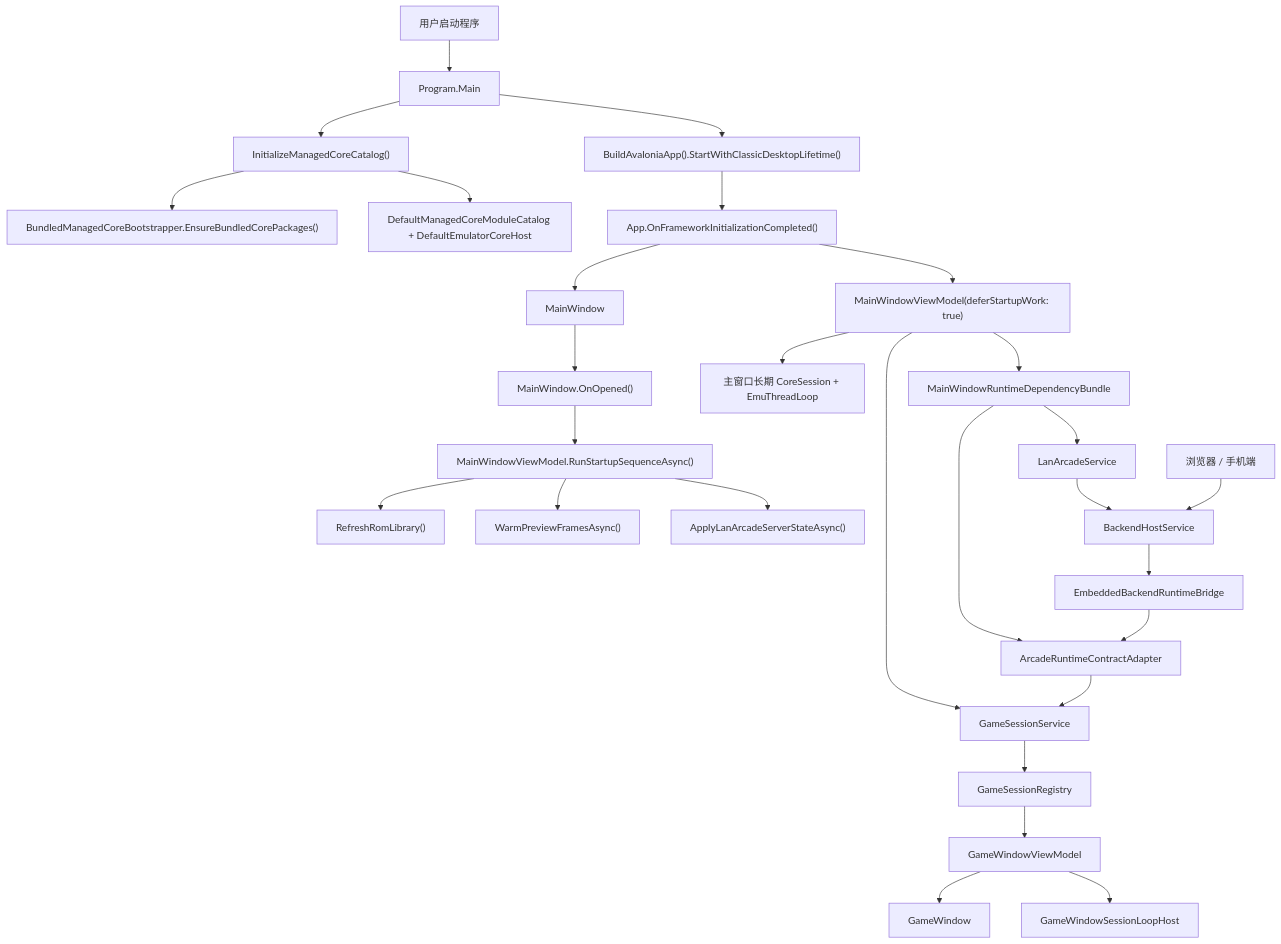
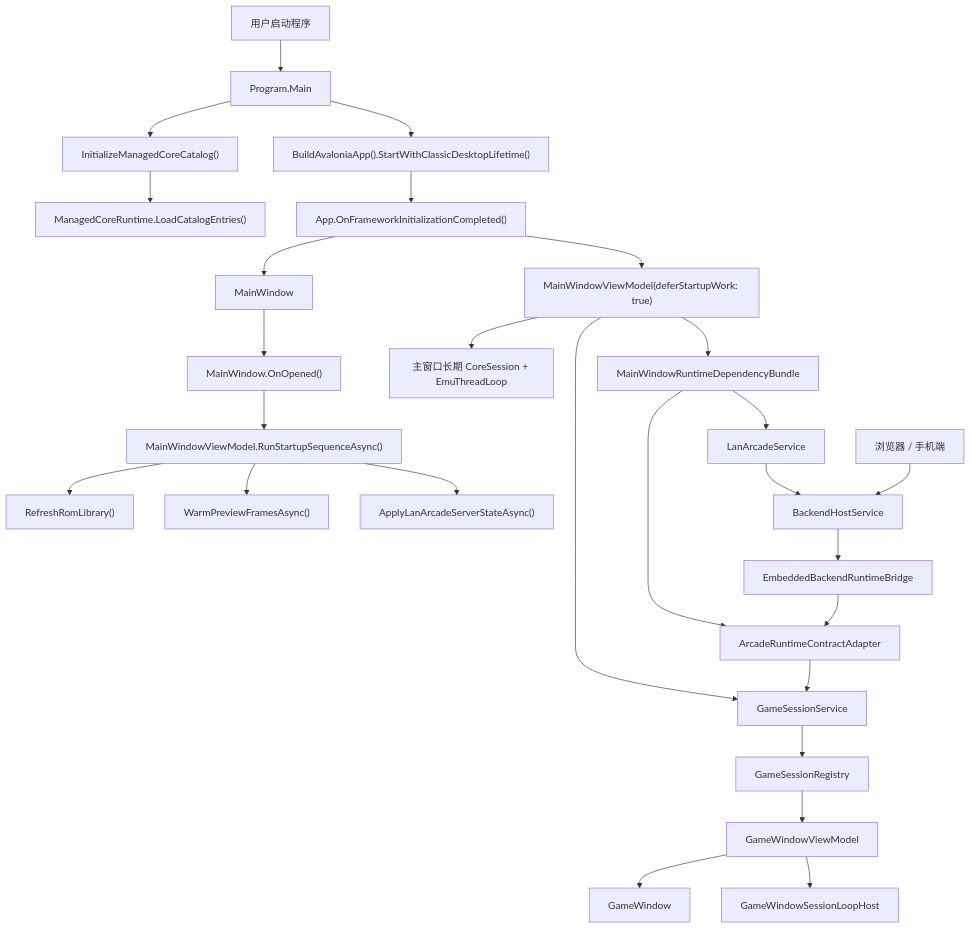
The first of 6 diagrams in docs/whats-new/FC-REVOLUTION-CURRENT-RUNTIME-FLOW.md (pxm-yls/FC-revolution), drawn with Mermaid before and after one commit. The commit also changed other lines of this file and 18 other files, not shown here.

````diff
--- a/docs/whats-new/FC-REVOLUTION-CURRENT-RUNTIME-FLOW.md
+++ b/docs/whats-new/FC-REVOLUTION-CURRENT-RUNTIME-FLOW.md
@@ -14,32 +14,31 @@
 ```mermaid
 flowchart TD
     User["用户启动程序"] --> Program["Program.Main"]
     Program --> InitCatalog["InitializeManagedCoreCatalog()"]
-    InitCatalog --> Bootstrap["BundledManagedCoreBootstrapper.EnsureBundledCorePackages()"]
-    InitCatalog --> HostCatalog["DefaultManagedCoreModuleCatalog + DefaultEmulatorCoreHost"]
+    InitCatalog --> HostCatalog["ManagedCoreRuntime.LoadCatalogEntries()"]
     Program --> Avalonia["BuildAvaloniaApp().StartWithClassicDesktopLifetime()"]
     Avalonia --> App["App.OnFrameworkInitializationCompleted()"]
     App --> MainWindow["MainWindow"]
     App --> MainVM["MainWindowViewModel(deferStartupWork: true)"]
     MainWindow --> Opened["MainWindow.OnOpened()"]
     Opened --> Startup["MainWindowViewModel.RunStartupSequenceAsync()"]
     Startup --> RomLibrary["RefreshRomLibrary()"]
     Startup --> PreviewWarmup["WarmPreviewFramesAsync()"]
     Startup --> LanState["ApplyLanArcadeServerStateAsync()"]
 
     MainVM --> MainCore["主窗口长期 CoreSession + EmuThreadLoop"]
     MainVM --> SessionSvc["GameSessionService"]
     SessionSvc --> SessionRegistry["GameSessionRegistry"]
     SessionRegistry --> GameVM["GameWindowViewModel"]
     GameVM --> GameWindow["GameWindow"]
     GameVM --> SessionLoop["GameWindowSessionLoopHost"]
 
     MainVM --> RuntimeBundle["MainWindowRuntimeDependencyBundle"]
     RuntimeBundle --> ArcadeAdapter["ArcadeRuntimeContractAdapter"]
     RuntimeBundle --> LanService["LanArcadeService"]
     LanService --> BackendHost["BackendHostService"]
     Browser["浏览器 / 手机端"] --> BackendHost
     BackendHost --> Bridge["EmbeddedBackendRuntimeBridge"]
     Bridge --> ArcadeAdapter
     ArcadeAdapter --> SessionSvc
 ```
````
